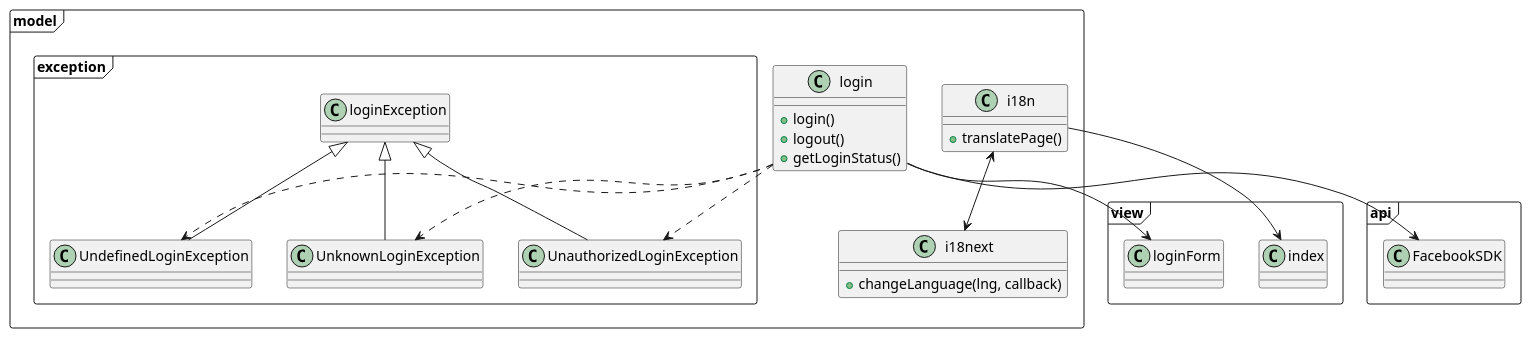
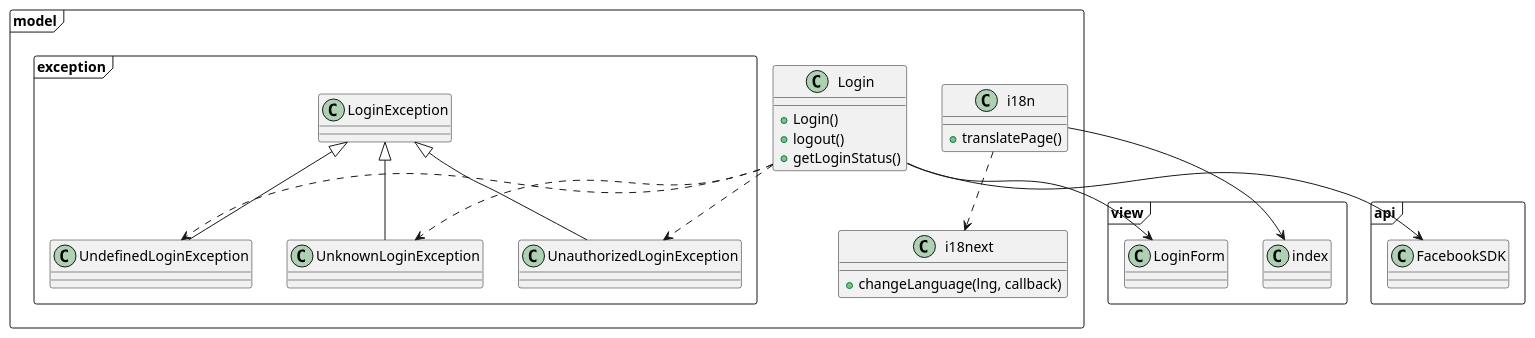
One commit to CPNV-RIA1/RentABike changed the diagram in src/diagrams/classDiagram.puml. Above: the diagram before and after it, drawn with PlantUML.

Commit message:
refactor: use right arrow in diagram and correct name

```diff
--- a/src/diagrams/classDiagram.puml
+++ b/src/diagrams/classDiagram.puml
@@ -1,49 +1,49 @@
 @startuml
 'https://plantuml.com/class-diagram
 
 
 package model <<Frame>> {
   class i18n {
     + translatePage()
   }
   class i18next {
     + changeLanguage(lng, callback)
   }
-  class login {
-    + login()
+  class Login {
+    + Login()
     + logout()
     + getLoginStatus()
   }
   package exception <<Frame>> {
-    class loginException {
+    class LoginException {
     }
     class UnauthorizedLoginException {
     }
     class UndefinedLoginException {
     }
     class UnknownLoginException {
     }
   }
 }
 
-i18n <--> i18next
+i18n ..> i18next
 package view <<Frame>> {
     class index {
     }
-    class loginForm {
+    class LoginForm {
     }
 }
 i18n --> index
 
 package api <<Frame>> {
   class FacebookSDK{}
 }
-loginException <|-- UnauthorizedLoginException 
-loginException <|-- UndefinedLoginException
-loginException <|-- UnknownLoginException
-login ..> UnauthorizedLoginException
-login ..> UndefinedLoginException
-login ..> UnknownLoginException
-login --> FacebookSDK
-loginForm <-- login
+LoginException <|-- UnauthorizedLoginException
+LoginException <|-- UndefinedLoginException
+LoginException <|-- UnknownLoginException
+Login ..> UnauthorizedLoginException
+Login ..> UndefinedLoginException
+Login ..> UnknownLoginException
+Login --> FacebookSDK
+LoginForm <-- Login
 @enduml
```
